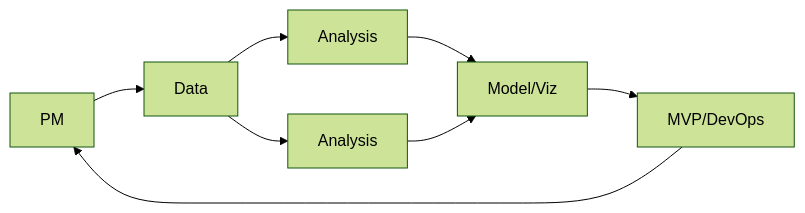
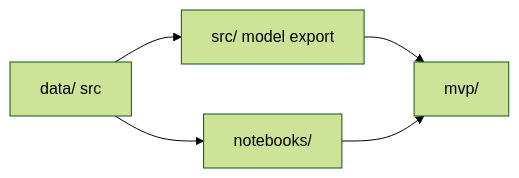
One commit to KanshoVector/Heat-Town changed the first of 2 diagrams in docs/00-project/overview.md. Above: the diagram before and after it, drawn with Mermaid (forest theme). The commit also changed other lines of this file and 12 other files, not shown here.

````diff
--- a/docs/00-project/overview.md
+++ b/docs/00-project/overview.md
@@ -55,10 +57,7 @@
 ```mermaid
 flowchart LR
-    PM[PM] --> DE[Data]
-    DE --> AN1[Analysis]
-    DE --> AN2[Analysis]
-    AN1 --> MO[Model/Viz]
-    AN2 --> MO
-    MO --> MVP[MVP/DevOps]
-    MVP --> PM
+    D[data/ src] --> N[notebooks/]
+    D --> S[src/ model export]
+    S --> M[mvp/]
+    N --> M
 ```
````
